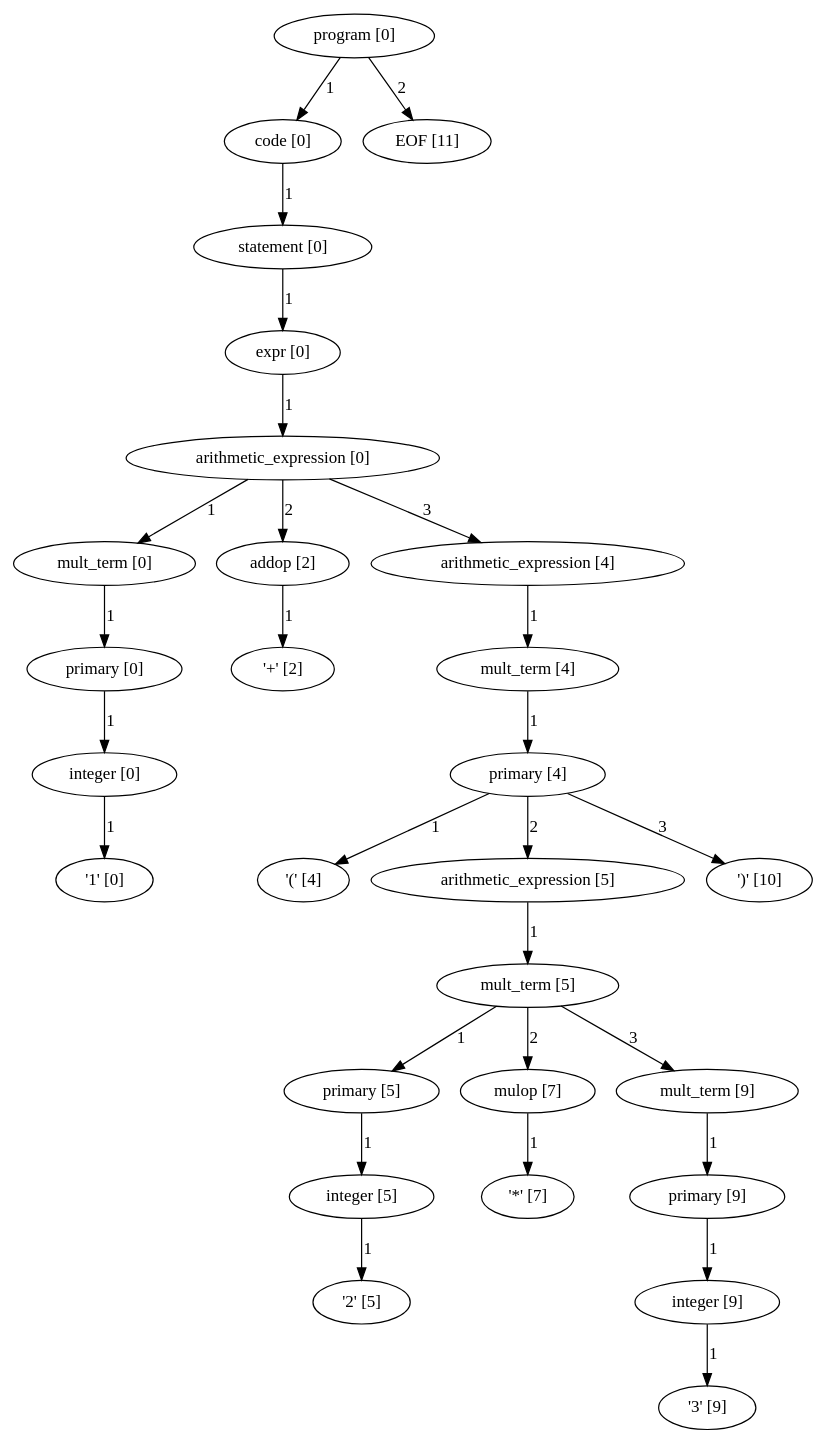
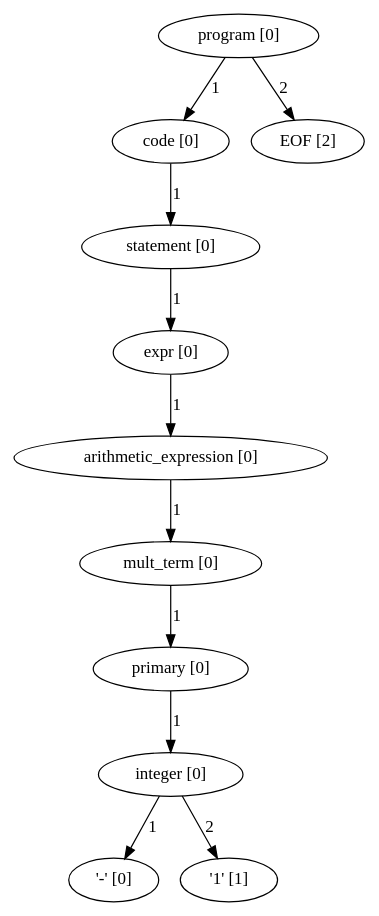
The diagram in program_parse_tree.dot (pragdave/cs3342_smurf), drawn with Graphviz before and after one commit. The commit also changed 5 other files, not shown here.

```diff
--- a/program_parse_tree.dot
+++ b/program_parse_tree.dot
@@ -1,84 +1,33 @@
 digraph arpeggio_graph {
-2323793654104 [label="program [0]"];
-2323793654104->2323793654240 [label="1"]
+1841311290232 [label="program [0]"];
+1841311290232->1841311290504 [label="1"]
 
-2323793654240 [label="code [0]"];
-2323793654240->2323793653832 [label="1"]
+1841311290504 [label="code [0]"];
+1841311290504->1841311290096 [label="1"]
 
-2323793653832 [label="statement [0]"];
-2323793653832->2323793596200 [label="1"]
+1841311290096 [label="statement [0]"];
+1841311290096->1841311289960 [label="1"]
 
-2323793596200 [label="expr [0]"];
-2323793596200->2323793596064 [label="1"]
+1841311289960 [label="expr [0]"];
+1841311289960->1841311289824 [label="1"]
 
-2323793596064 [label="arithmetic_expression [0]"];
-2323793596064->2323793457360 [label="1"]
+1841311289824 [label="arithmetic_expression [0]"];
+1841311289824->1841311289688 [label="1"]
 
-2323793457360 [label="mult_term [0]"];
-2323793457360->2323793457224 [label="1"]
+1841311289688 [label="mult_term [0]"];
+1841311289688->1841311289552 [label="1"]
 
-2323793457224 [label="primary [0]"];
-2323793457224->2323793391400 [label="1"]
+1841311289552 [label="primary [0]"];
+1841311289552->1841311289416 [label="1"]
 
-2323793391400 [label="integer [0]"];
-2323793391400->2323793409032 [label="1"]
+1841311289416 [label="integer [0]"];
+1841311289416->1841311000760 [label="1"]
 
-2323793409032 [label=" '1' [0]"];
-2323793596064->2323793457632 [label="2"]
+1841311000760 [label=" '-' [0]"];
+1841311289416->1841311000640 [label="2"]
 
-2323793457632 [label="addop [2]"];
-2323793457632->2323793409152 [label="1"]
+1841311000640 [label=" '1' [1]"];
+1841311290232->1841311001120 [label="2"]
 
-2323793409152 [label=" '+' [2]"];
-2323793596064->2323793595928 [label="3"]
-
-2323793595928 [label="arithmetic_expression [4]"];
-2323793595928->2323793595656 [label="1"]
-
-2323793595656 [label="mult_term [4]"];
-2323793595656->2323793595792 [label="1"]
-
-2323793595792 [label="primary [4]"];
-2323793595792->2323793564560 [label="1"]
-
-2323793564560 [label=" '(' [4]"];
-2323793595792->2323793595520 [label="2"]
-
-2323793595520 [label="arithmetic_expression [5]"];
-2323793595520->2323793595384 [label="1"]
-
-2323793595384 [label="mult_term [5]"];
-2323793595384->2323793594432 [label="1"]
-
-2323793594432 [label="primary [5]"];
-2323793594432->2323793594296 [label="1"]
-
-2323793594296 [label="integer [5]"];
-2323793594296->2323793565280 [label="1"]
-
-2323793565280 [label=" '2' [5]"];
-2323793595384->2323793594568 [label="2"]
-
-2323793594568 [label="mulop [7]"];
-2323793594568->2323793565160 [label="1"]
-
-2323793565160 [label=" '*' [7]"];
-2323793595384->2323793595248 [label="3"]
-
-2323793595248 [label="mult_term [9]"];
-2323793595248->2323793595112 [label="1"]
-
-2323793595112 [label="primary [9]"];
-2323793595112->2323793594976 [label="1"]
-
-2323793594976 [label="integer [9]"];
-2323793594976->2323793565520 [label="1"]
-
-2323793565520 [label=" '3' [9]"];
-2323793595792->2323793565640 [label="3"]
-
-2323793565640 [label=" ')' [10]"];
-2323793654104->2323793565880 [label="2"]
-
-2323793565880 [label="EOF [11]"];
+1841311001120 [label="EOF [2]"];
 }
```
